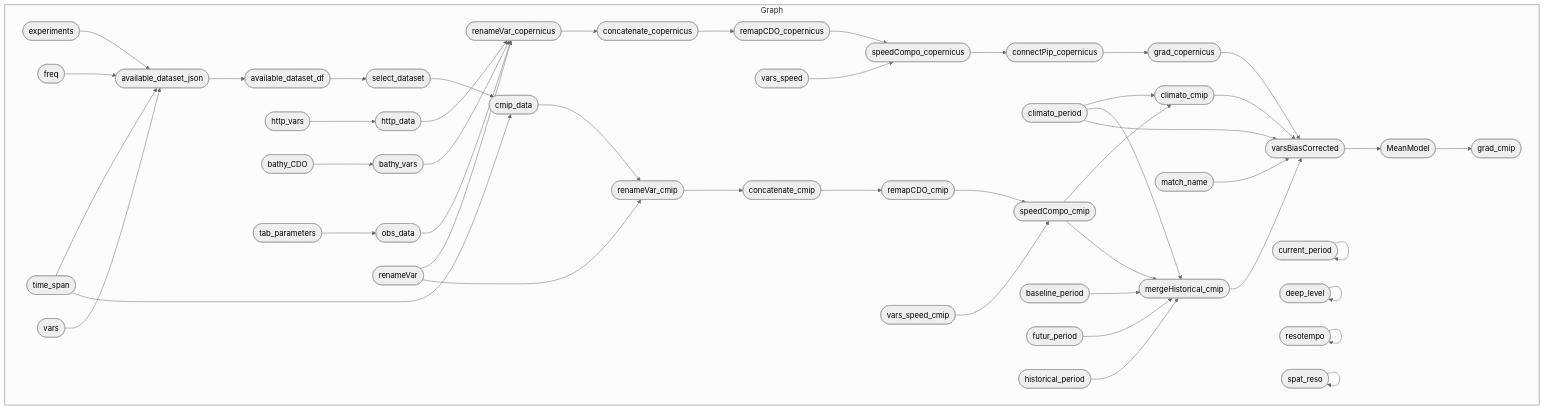
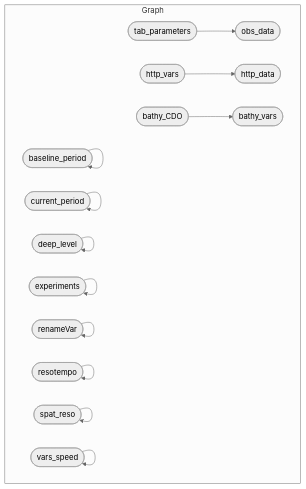
One commit to r-fernandezz/downshape changed the diagram in README.md. Above: the diagram before and after it, drawn with Mermaid (neutral theme). The commit also changed other lines of this file and 3 other files, not shown here.

````diff
--- a/README.md
+++ b/README.md
@@ -22,51 +22,17 @@
 ``` mermaid
 graph LR
   subgraph Graph
     direction LR
-    xfc6ed28680e5db72(["speedCompo_copernicus"]):::outdated --> xd2707862cf793d3a(["connectPip_copernicus"]):::outdated
-    xec6283d15a25ed08(["remapCDO_copernicus"]):::outdated --> xfc6ed28680e5db72(["speedCompo_copernicus"]):::outdated
-    xca459201a27e8460(["vars_speed"]):::uptodate --> xfc6ed28680e5db72(["speedCompo_copernicus"]):::outdated
-    xe895740a9b7896f7(["available_dataset_df"]):::outdated --> x3f5ab24ee8d242b4(["select_dataset"]):::outdated
+    x4301c707c2ab0cdc(["tab_parameters"]):::uptodate --> xd7bca5ba4e5f539d(["obs_data"]):::started
     x71e926299248ce3f(["http_vars"]):::uptodate --> x35b468daf9281b76(["http_data"]):::outdated
-    xac02e5e58926353b(["experiments"]):::uptodate --> x6fcf9b0e7fc429ff(["available_dataset_json"]):::outdated
-    x906e78a8df9f52cb(["freq"]):::uptodate --> x6fcf9b0e7fc429ff(["available_dataset_json"]):::outdated
-    x2c0118dd07b06ac8(["time_span"]):::uptodate --> x6fcf9b0e7fc429ff(["available_dataset_json"]):::outdated
-    x8f15ec77b8dbd81a(["vars"]):::uptodate --> x6fcf9b0e7fc429ff(["available_dataset_json"]):::outdated
-    xd2707862cf793d3a(["connectPip_copernicus"]):::outdated --> x37179b61a203cbd3(["grad_copernicus"]):::outdated
-    xbbe4eafa679df977(["climato_period"]):::uptodate --> x0c817e56268c947c(["climato_cmip"]):::outdated
-    xe5de19f3be59da20(["speedCompo_cmip"]):::outdated --> x0c817e56268c947c(["climato_cmip"]):::outdated
-    xb5817e1daca13dcc(["bathy_vars"]):::outdated --> xe44467b2b079fc18(["renameVar_copernicus"]):::outdated
-    x35b468daf9281b76(["http_data"]):::outdated --> xe44467b2b079fc18(["renameVar_copernicus"]):::outdated
-    xd7bca5ba4e5f539d(["obs_data"]):::outdated --> xe44467b2b079fc18(["renameVar_copernicus"]):::outdated
-    xd15c82dcb79a7c2e(["renameVar"]):::uptodate --> xe44467b2b079fc18(["renameVar_copernicus"]):::outdated
     xf5c6fd225c377a3d(["bathy_CDO"]):::uptodate --> xb5817e1daca13dcc(["bathy_vars"]):::outdated
-    xf4b49e2ba07661b1(["remapCDO_cmip"]):::outdated --> xe5de19f3be59da20(["speedCompo_cmip"]):::outdated
-    x7a197bdf5f12681a(["vars_speed_cmip"]):::uptodate --> xe5de19f3be59da20(["speedCompo_cmip"]):::outdated
-    x3f5ab24ee8d242b4(["select_dataset"]):::outdated --> xd8e5f2013a341013(["cmip_data"]):::outdated
-    x2c0118dd07b06ac8(["time_span"]):::uptodate --> xd8e5f2013a341013(["cmip_data"]):::outdated
-    x4fe875b2492d0106(["concatenate_cmip"]):::outdated --> xf4b49e2ba07661b1(["remapCDO_cmip"]):::outdated
-    x21b09bf88a2ff147(["baseline_period"]):::uptodate --> xf21dac5ab86940da(["mergeHistorical_cmip"]):::outdated
-    xbbe4eafa679df977(["climato_period"]):::uptodate --> xf21dac5ab86940da(["mergeHistorical_cmip"]):::outdated
-    xbce5cad1cf7e7103(["futur_period"]):::uptodate --> xf21dac5ab86940da(["mergeHistorical_cmip"]):::outdated
-    x57dd1d5e854c11b6(["historical_period"]):::uptodate --> xf21dac5ab86940da(["mergeHistorical_cmip"]):::outdated
-    xe5de19f3be59da20(["speedCompo_cmip"]):::outdated --> xf21dac5ab86940da(["mergeHistorical_cmip"]):::outdated
-    xe44467b2b079fc18(["renameVar_copernicus"]):::outdated --> x9289bfb53112cf3b(["concatenate_copernicus"]):::outdated
-    x4301c707c2ab0cdc(["tab_parameters"]):::uptodate --> xd7bca5ba4e5f539d(["obs_data"]):::outdated
-    x6fcf9b0e7fc429ff(["available_dataset_json"]):::outdated --> xe895740a9b7896f7(["available_dataset_df"]):::outdated
-    x0262297569c18022(["renameVar_cmip"]):::outdated --> x4fe875b2492d0106(["concatenate_cmip"]):::outdated
-    x0754d07deb71dd34(["MeanModel"]):::outdated --> x4c3d86d2401270ef(["grad_cmip"]):::outdated
-    x9289bfb53112cf3b(["concatenate_copernicus"]):::outdated --> xec6283d15a25ed08(["remapCDO_copernicus"]):::outdated
-    xd8e5f2013a341013(["cmip_data"]):::outdated --> x0262297569c18022(["renameVar_cmip"]):::outdated
-    xd15c82dcb79a7c2e(["renameVar"]):::uptodate --> x0262297569c18022(["renameVar_cmip"]):::outdated
-    x178958aede3793d9(["varsBiasCorrected"]):::outdated --> x0754d07deb71dd34(["MeanModel"]):::outdated
-    x0c817e56268c947c(["climato_cmip"]):::outdated --> x178958aede3793d9(["varsBiasCorrected"]):::outdated
-    xbbe4eafa679df977(["climato_period"]):::uptodate --> x178958aede3793d9(["varsBiasCorrected"]):::outdated
-    x37179b61a203cbd3(["grad_copernicus"]):::outdated --> x178958aede3793d9(["varsBiasCorrected"]):::outdated
-    xab1c13260db879af(["match_name"]):::uptodate --> x178958aede3793d9(["varsBiasCorrected"]):::outdated
-    xf21dac5ab86940da(["mergeHistorical_cmip"]):::outdated --> x178958aede3793d9(["varsBiasCorrected"]):::outdated
+    x21b09bf88a2ff147(["baseline_period"]):::uptodate --> x21b09bf88a2ff147(["baseline_period"]):::uptodate
     x084994fb0e480676(["current_period"]):::uptodate --> x084994fb0e480676(["current_period"]):::uptodate
     x625f066a5f205ec8(["deep_level"]):::uptodate --> x625f066a5f205ec8(["deep_level"]):::uptodate
+    xac02e5e58926353b(["experiments"]):::uptodate --> xac02e5e58926353b(["experiments"]):::uptodate
+    xd15c82dcb79a7c2e(["renameVar"]):::uptodate --> xd15c82dcb79a7c2e(["renameVar"]):::uptodate
     x55a14a7f5821bbec(["resotempo"]):::uptodate --> x55a14a7f5821bbec(["resotempo"]):::uptodate
     xe73cbbcc20086ecd(["spat_reso"]):::uptodate --> xe73cbbcc20086ecd(["spat_reso"]):::uptodate
+    xca459201a27e8460(["vars_speed"]):::uptodate --> xca459201a27e8460(["vars_speed"]):::uptodate
   end
 ```
````
